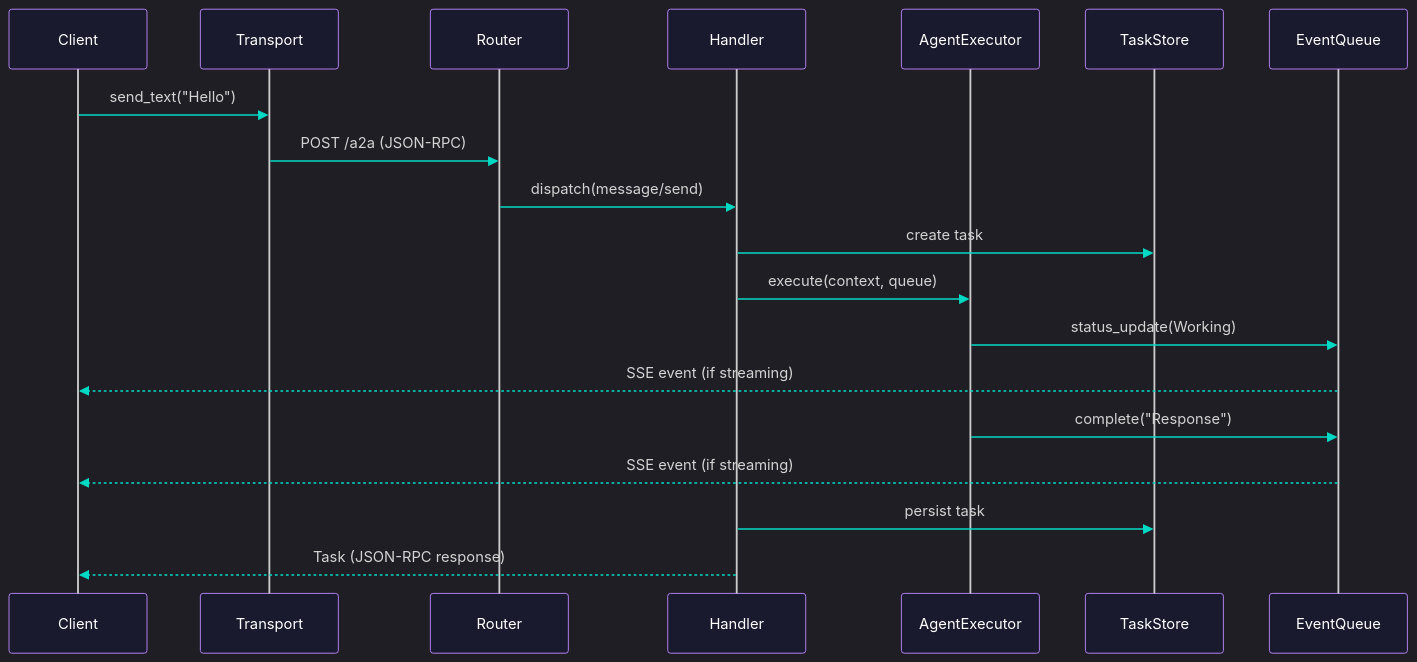
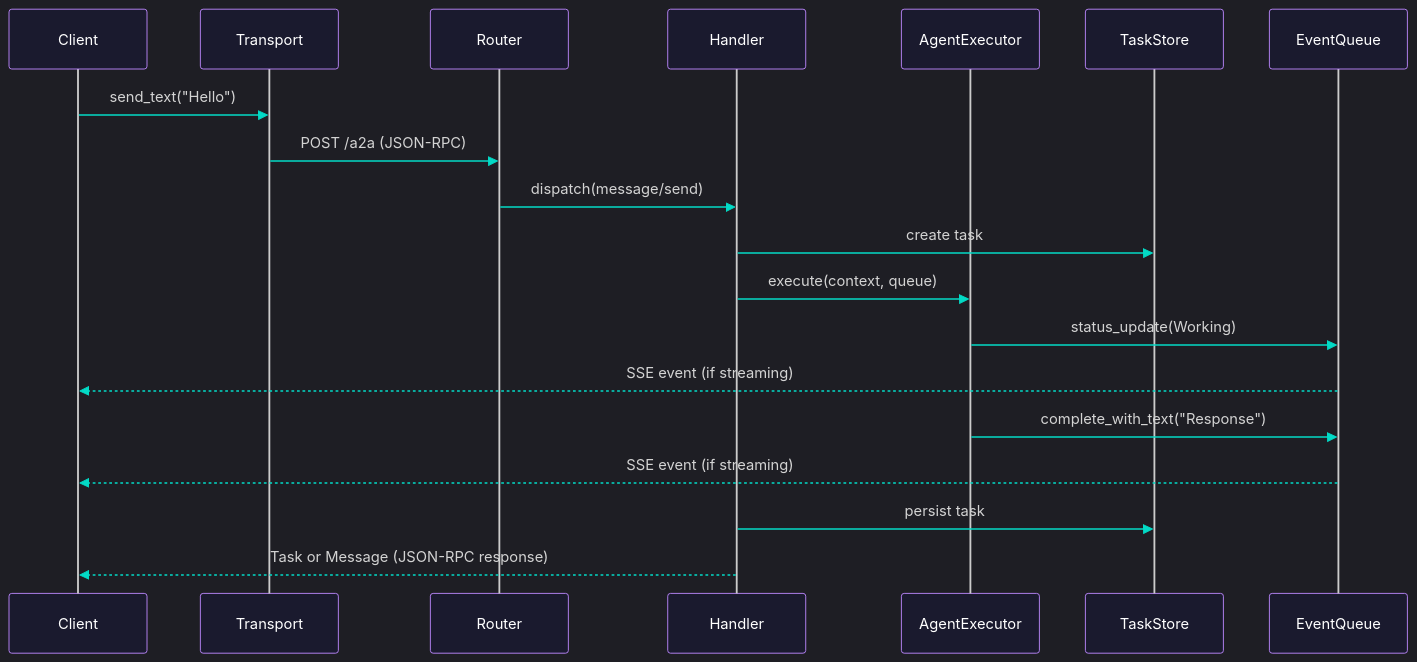
Before and after one commit to colours93/a2a-rs: the third of 4 diagrams in README.md, drawn with Mermaid. The commit also changed other lines of this file, not shown here.

````diff
--- a/README.md
+++ b/README.md
@@ -91,23 +93,23 @@
 ```mermaid
 %%{init: {'theme': 'dark', 'themeVariables': {'primaryColor': '#bb86fc', 'primaryTextColor': '#fff', 'primaryBorderColor': '#bb86fc', 'lineColor': '#03dac6', 'secondaryColor': '#121212', 'tertiaryColor': '#1e1e1e', 'actorTextColor': '#fff', 'actorBkg': '#1a1a2e', 'actorBorder': '#bb86fc', 'activationBorderColor': '#03dac6', 'signalColor': '#03dac6'}}}%%
 sequenceDiagram
     participant C as Client
     participant T as Transport
     participant R as Router
     participant H as Handler
     participant E as AgentExecutor
     participant S as TaskStore
     participant Q as EventQueue
 
     C->>T: send_text("Hello")
     T->>R: POST /a2a (JSON-RPC)
     R->>H: dispatch(message/send)
     H->>S: create task
     H->>E: execute(context, queue)
     E->>Q: status_update(Working)
     Q-->>C: SSE event (if streaming)
-    E->>Q: complete("Response")
+    E->>Q: complete_with_text("Response")
     Q-->>C: SSE event (if streaming)
     H->>S: persist task
-    H-->>C: Task (JSON-RPC response)
+    H-->>C: Task or Message (JSON-RPC response)
 ```
````
